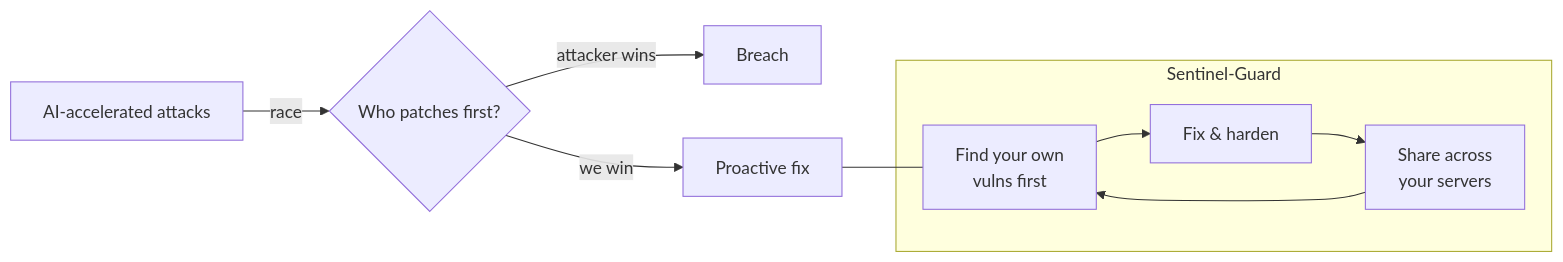
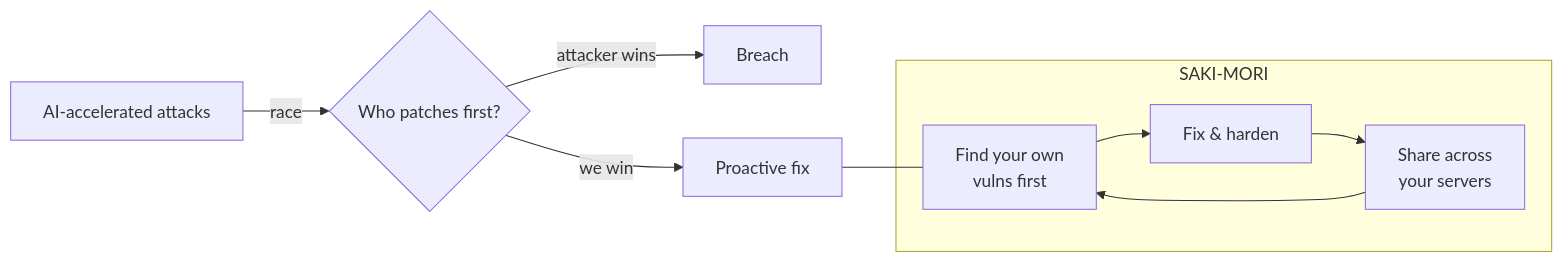
One commit to Hirasawakazumaz/BOGYO changed the first of 6 diagrams in docs/WHITEPAPER.md. Above: the diagram before and after it, drawn with Mermaid. The commit also changed other lines of this file and 27 other files, not shown here.

First line of the commit message:
feat: rename the project to SAKI-MORI (display name)

````diff
--- a/docs/WHITEPAPER.md
+++ b/docs/WHITEPAPER.md
@@ -25,12 +25,12 @@
 ```mermaid
 flowchart LR
     A[AI-accelerated attacks] -->|race| D{Who patches first?}
     D -->|attacker wins| X[Breach]
     D -->|we win| W[Proactive fix]
-    subgraph Sentinel-Guard
+    subgraph SM [SAKI-MORI]
       S1[Find your own<br/>vulns first] --> S2[Fix & harden]
       S2 --> S3[Share across<br/>your servers]
       S3 --> S1
     end
     W --- S1
 ```
````
